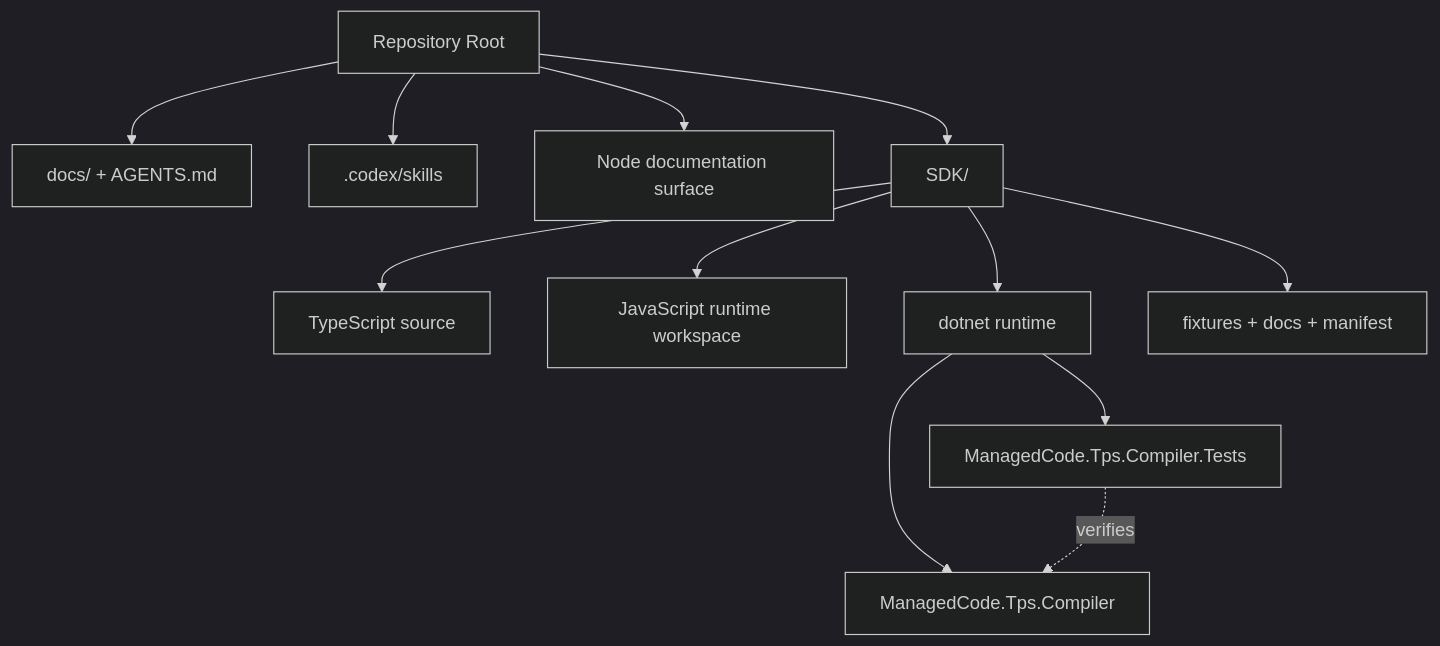
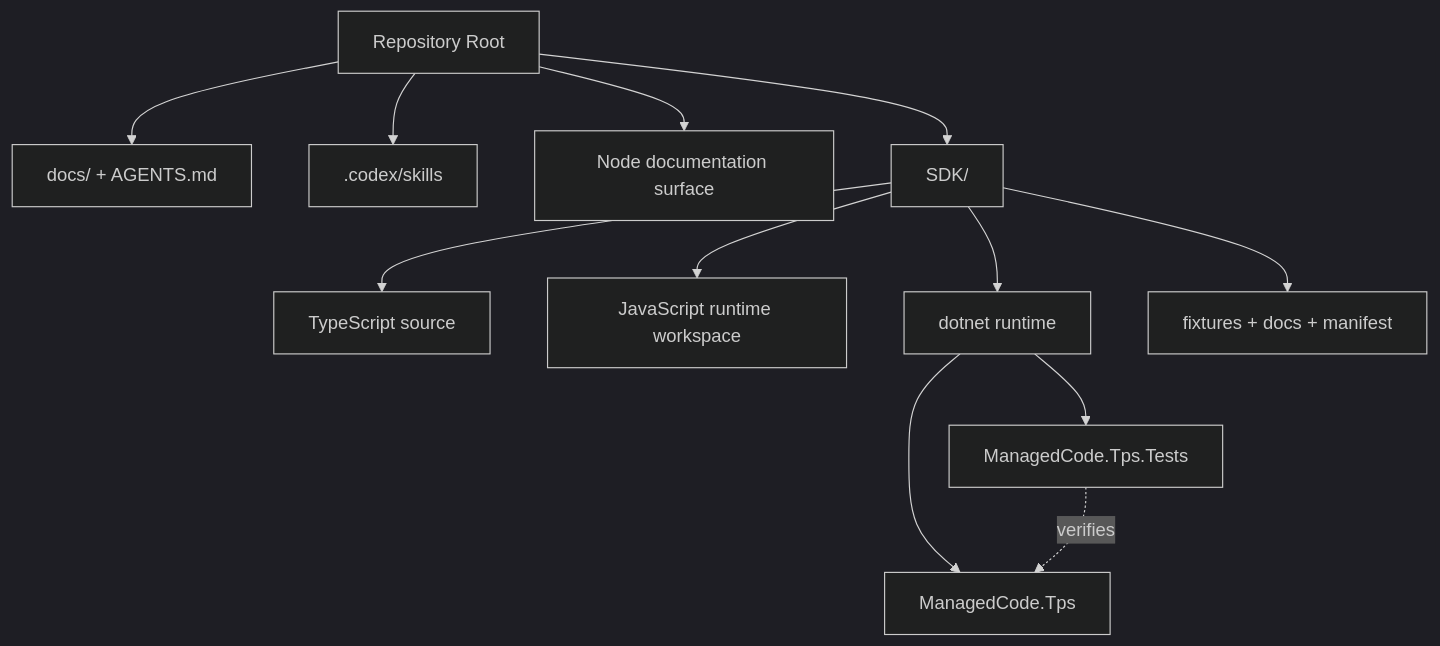
The second of 2 diagrams in docs/Architecture.md (managedcode/TPS), drawn with Mermaid (dark theme) before and after one commit. The commit also changed other lines of this file and 43 other files, not shown here.

````diff
--- a/docs/Architecture.md
+++ b/docs/Architecture.md
@@ -35,16 +35,16 @@
 ```mermaid
 flowchart TD
   Root["Repository Root"] --> Docs["docs/ + AGENTS.md"]
   Root --> Skills[".codex/skills"]
   Root --> Site["Node documentation surface"]
   Root --> Sdk["SDK/"]
 
   Sdk --> Ts["TypeScript source"]
   Sdk --> Js["JavaScript runtime workspace"]
   Sdk --> Cs["dotnet runtime"]
   Sdk --> Shared["fixtures + docs + manifest"]
 
-  Cs --> Compiler["ManagedCode.Tps.Compiler"]
-  Cs --> TestProject["ManagedCode.Tps.Compiler.Tests"]
-  TestProject -. verifies .-> Compiler
+  Cs --> Runtime["ManagedCode.Tps"]
+  Cs --> TestProject["ManagedCode.Tps.Tests"]
+  TestProject -. verifies .-> Runtime
 ```
````
